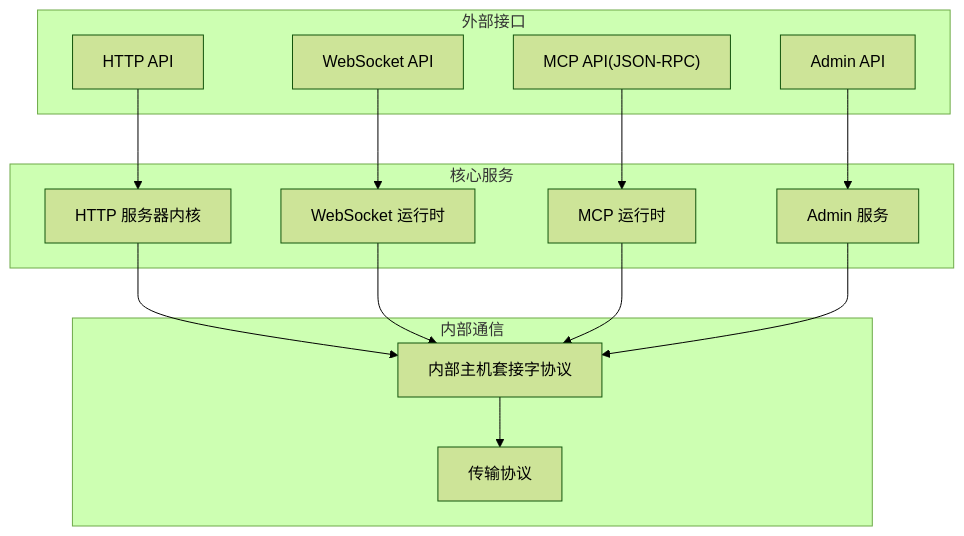
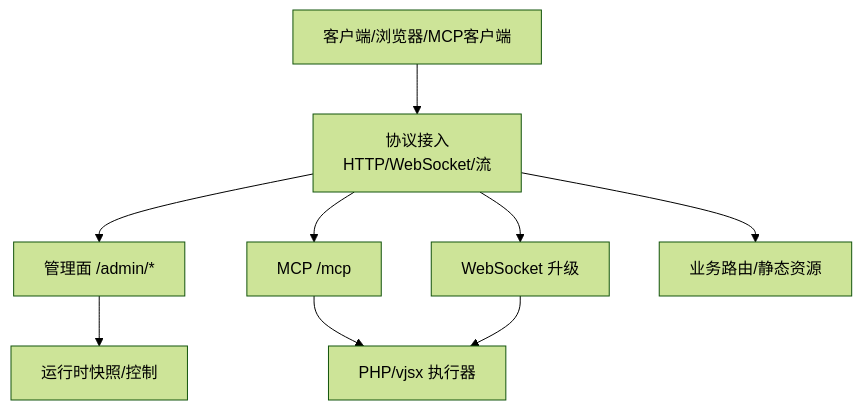
Before and after one commit to guweigang/vhttpd: the first of 3 diagrams in .qoder/repowiki/zh/content/API 参考/API 参考.md, drawn with Mermaid (forest theme). The commit also changed other lines of this file and 697 other files, not shown here.

````diff
--- a/.qoder/repowiki/zh/content/API 参考/API 参考.md
+++ b/.qoder/repowiki/zh/content/API 参考/API 参考.md
@@ -143,28 +42,11 @@
 ```mermaid
 graph TB
-subgraph "外部接口"
-HTTP["HTTP API"]
-WS["WebSocket API"]
-MCP["MCP API(JSON-RPC)"]
-ADMIN["Admin API"]
-end
-subgraph "核心服务"
-SRV["HTTP 服务器内核"]
-WSRV["WebSocket 运行时"]
-MSRV["MCP 运行时"]
-ASRV["Admin 服务"]
-end
-subgraph "内部通信"
-IHS["内部主机套接字协议"]
-TP["传输协议"]
-end
-HTTP --> SRV
-WS --> WSRV
-MCP --> MSRV
-ADMIN --> ASRV
-SRV --> IHS
-WSRV --> IHS
-MSRV --> IHS
-ASRV --> IHS
-IHS --> TP
+Client["客户端/浏览器/MCP客户端"] --> Ingress["协议接入<br/>HTTP/WebSocket/流"]
+Ingress --> Admin["管理面 /admin/*"]
+Ingress --> Mcp["MCP /mcp"]
+Ingress --> Ws["WebSocket 升级"]
+Ingress --> App["业务路由/静态资源"]
+Admin --> Runtime["运行时快照/控制"]
+Mcp --> Worker["PHP/vjsx 执行器"]
+Ws --> Worker
 ```
````
